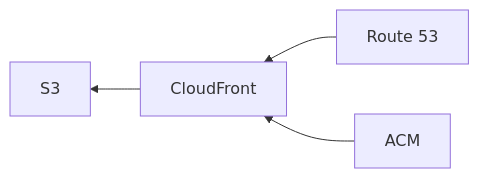
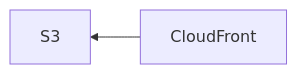
Before and after one commit to stevekinney/stevekinney.net: the third of 4 diagrams in courses/aws/full-static-pipeline.md, drawn with Mermaid. The commit also changed other lines of this file and 76 other files, not shown here.

````diff
--- a/courses/aws/full-static-pipeline.md
+++ b/courses/aws/full-static-pipeline.md
@@ -102,6 +85,4 @@
 ```mermaid
 flowchart RL
-    Route53["Route 53"] --> CloudFront["CloudFront"]
-    CloudFront --> S3["S3"]
-    ACM["ACM"] --> CloudFront
+    CloudFront["CloudFront"] --> S3["S3"]
 ```
````
